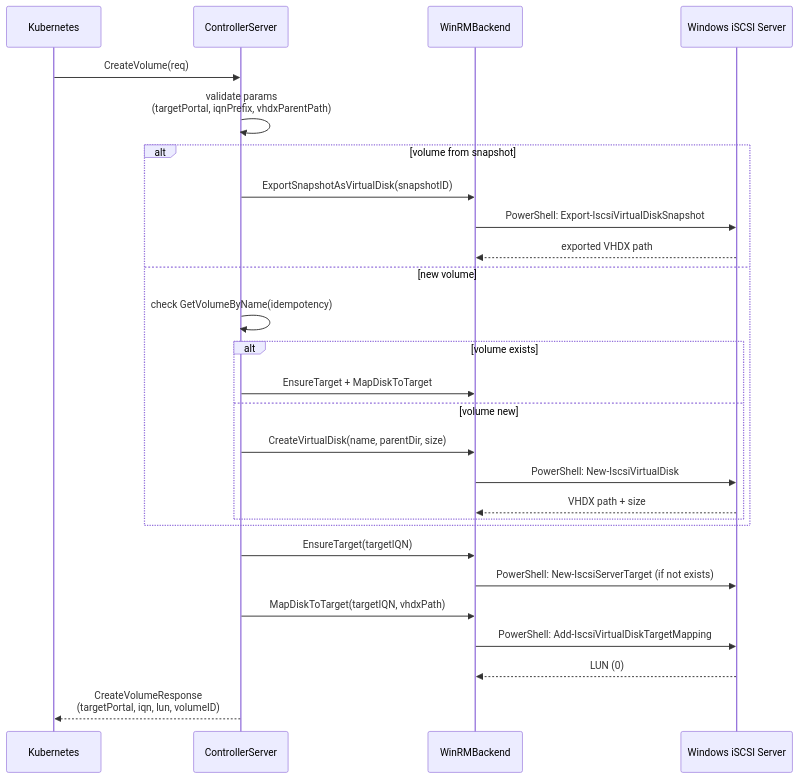
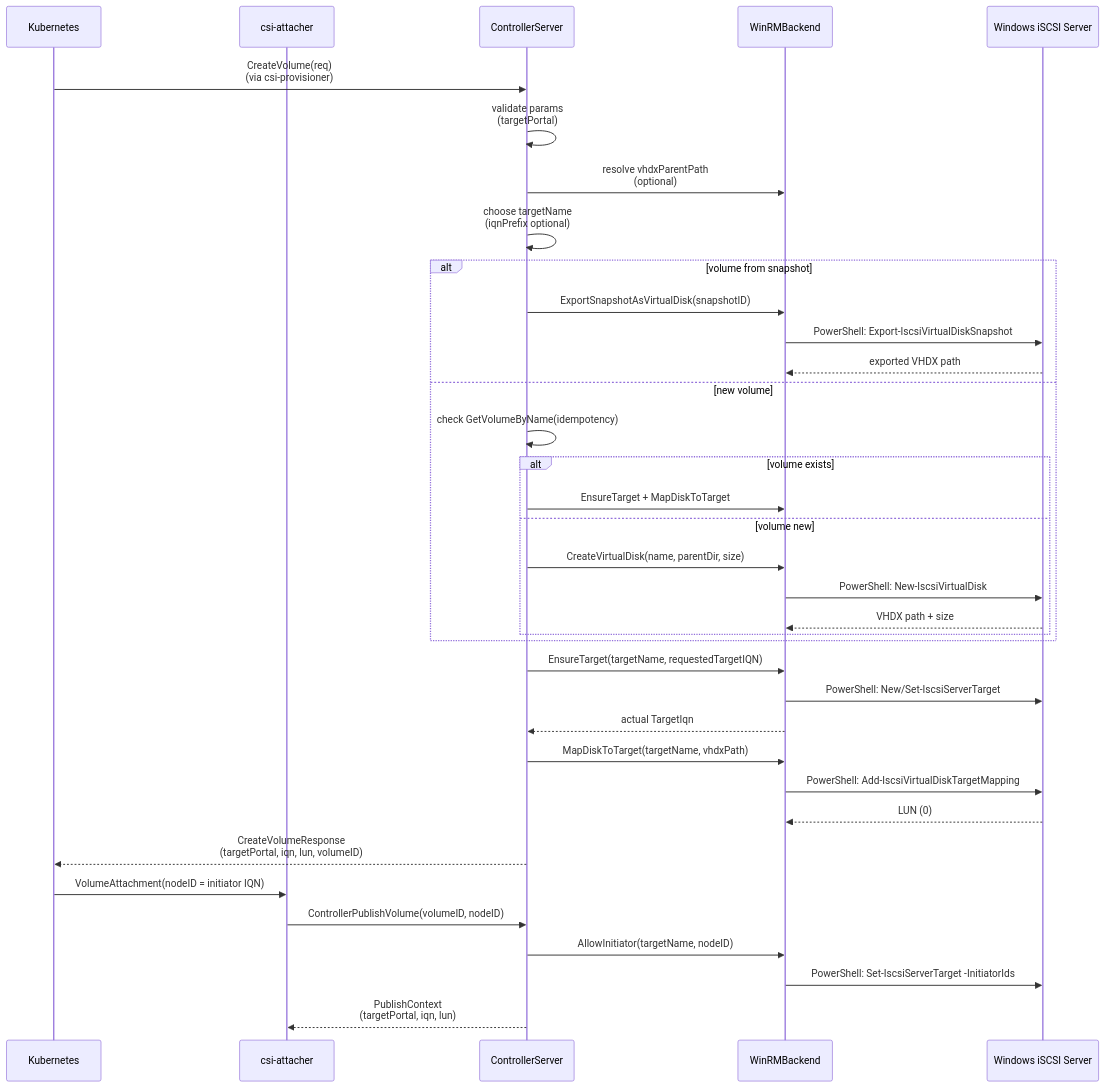
One commit to taliesins/csi-driver-for-windows-storage-server changed the third of 4 diagrams in docs/architecture.md. Above: the diagram before and after it, drawn with Mermaid. The commit also changed other lines of this file and 35 other files, not shown here.

````diff
--- a/docs/architecture.md
+++ b/docs/architecture.md
@@ -96,34 +103,44 @@
 ```mermaid
 sequenceDiagram
     participant K as Kubernetes
+    participant A as csi-attacher
     participant C as ControllerServer
     participant W as WinRMBackend
     participant WS as Windows iSCSI Server
 
-    K->>C: CreateVolume(req)
-    C->>C: validate params<br/>(targetPortal, iqnPrefix, vhdxParentPath)
+    K->>C: CreateVolume(req)<br/>(via csi-provisioner)
+    C->>C: validate params<br/>(targetPortal)
+    C->>W: resolve vhdxParentPath<br/>(optional)
+    C->>C: choose targetName<br/>(iqnPrefix optional)
 
     alt volume from snapshot
         C->>W: ExportSnapshotAsVirtualDisk(snapshotID)
         W->>WS: PowerShell: Export-IscsiVirtualDiskSnapshot
         WS-->>W: exported VHDX path
     else new volume
         C->>C: check GetVolumeByName(idempotency)
         alt volume exists
             C->>W: EnsureTarget + MapDiskToTarget
         else volume new
             C->>W: CreateVirtualDisk(name, parentDir, size)
             W->>WS: PowerShell: New-IscsiVirtualDisk
             WS-->>W: VHDX path + size
         end
     end
 
-    C->>W: EnsureTarget(targetIQN)
-    W->>WS: PowerShell: New-IscsiServerTarget (if not exists)
+    C->>W: EnsureTarget(targetName, requestedTargetIQN)
+    W->>WS: PowerShell: New/Set-IscsiServerTarget
+    W-->>C: actual TargetIqn
 
-    C->>W: MapDiskToTarget(targetIQN, vhdxPath)
+    C->>W: MapDiskToTarget(targetName, vhdxPath)
     W->>WS: PowerShell: Add-IscsiVirtualDiskTargetMapping
     WS-->>W: LUN (0)
 
     C-->>K: CreateVolumeResponse<br/>(targetPortal, iqn, lun, volumeID)
+
+    K->>A: VolumeAttachment(nodeID = initiator IQN)
+    A->>C: ControllerPublishVolume(volumeID, nodeID)
+    C->>W: AllowInitiator(targetName, nodeID)
+    W->>WS: PowerShell: Set-IscsiServerTarget -InitiatorIds
+    C-->>A: PublishContext<br/>(targetPortal, iqn, lun)
 ```
````
